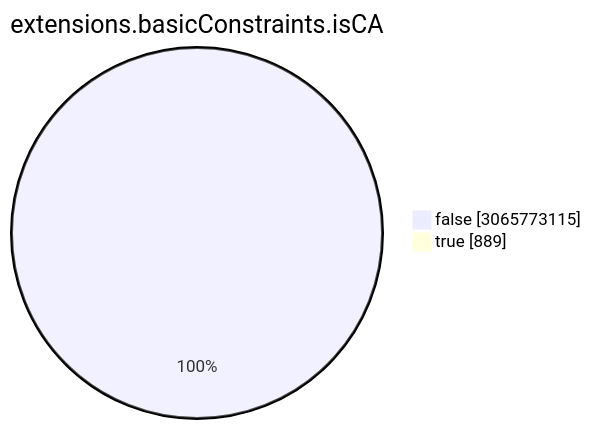
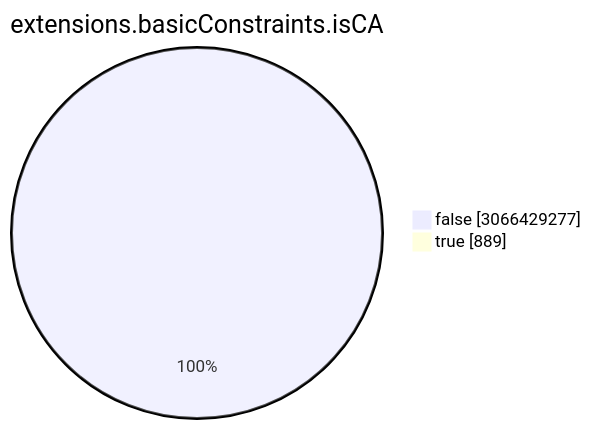
The seventh of 15 diagrams in TOTAL/README.md (christiankrug/ctmonitor_visualization), drawn with Mermaid before and after one commit. The commit also changed other lines of this file, not shown here.

````diff
--- a/TOTAL/README.md
+++ b/TOTAL/README.md
@@ -3088,6 +3088,6 @@
 ```mermaid
 pie showData
 title extensions.basicConstraints.isCA
-"false" :3065773115
+"false" :3066429277
 "true" :889
 ```
````
